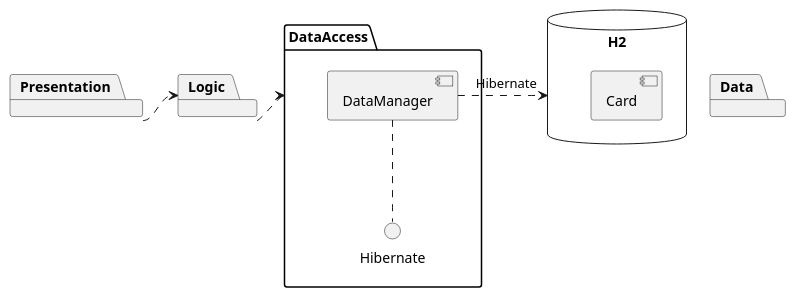
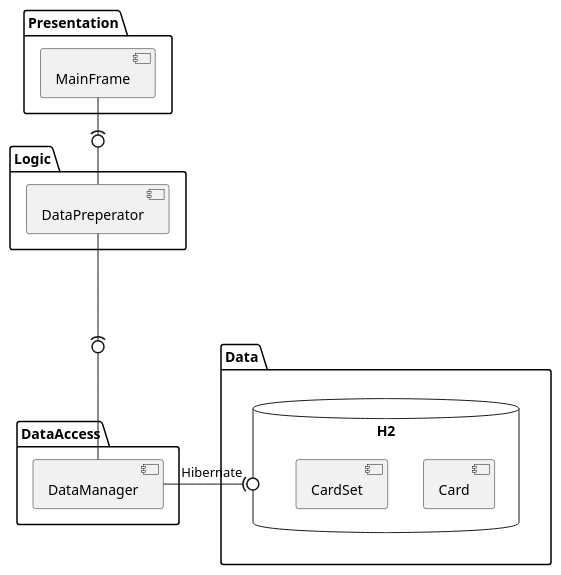
One commit to ElijahSey/CardIdea changed the diagram in documentation/docs/diagrams/src/componentDiagram.puml. Above: the diagram before and after it, drawn with PlantUML.

Commit message:
Update component diagram

```diff
--- a/documentation/docs/diagrams/src/componentDiagram.puml
+++ b/documentation/docs/diagrams/src/componentDiagram.puml
@@ -1,28 +1,28 @@
 @startuml componentDiagram
 
 package Presentation {
-
+    [MainFrame] as MF
 }
 
-Presentation .> Logic
-
 package Logic {
-
+    [DataPreperator] as DP
 }
 
-Logic .> DataAccess
+MF -(0- DP
 
 package DataAccess {
     [DataManager] as DM
-    DM .d. Hibernate
 }
 
-DM .> H2 : Hibernate
+DP -(0-- DM
 
 package Data {
     database H2 {
         [Card]
+        [CardSet]
     }
 }
 
+DM -(0 H2 : Hibernate
+
 @enduml
```
